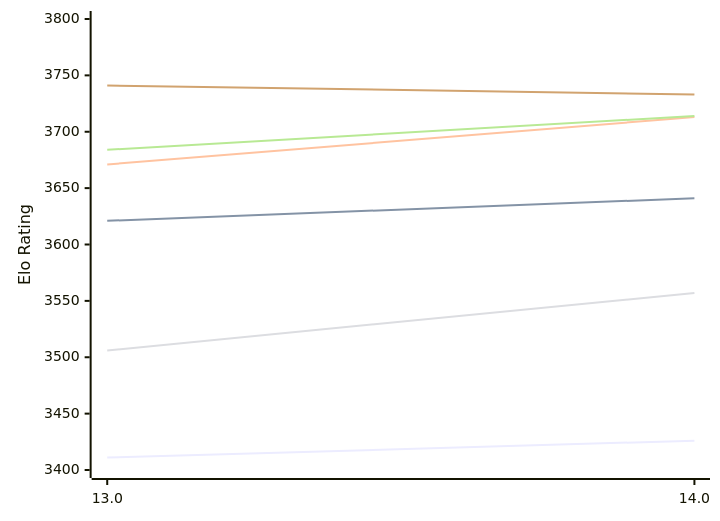
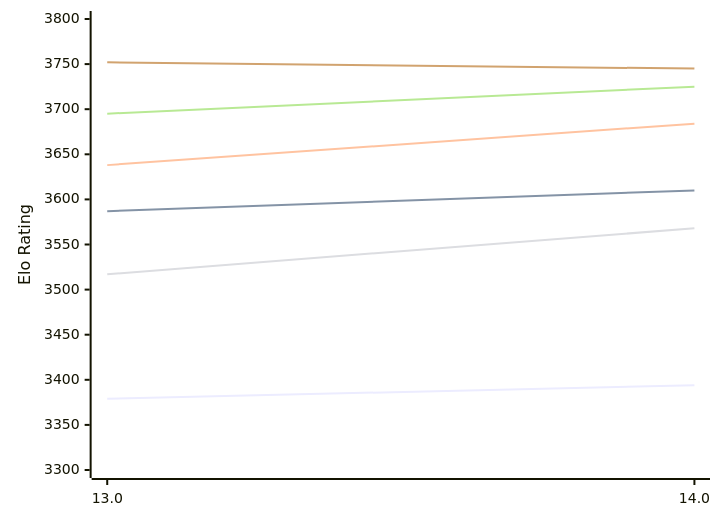
Before and after one commit to computer-chess-index/cci: the first of 2 diagrams in engines/Tcheran.md, drawn with Mermaid. The commit also changed other lines of this file, not shown here.

Commit message:
Update CCI Ratings (ELO VLTC) - 2026-11-12

````diff
--- a/engines/Tcheran.md
+++ b/engines/Tcheran.md
@@ -55,12 +55,12 @@
 ```mermaid
 %%{init: {"theme":"base","themeVariables":{"seriesColors:['#a3a3a3','#222221','#faa371']}}}%%
 xychart-beta
   x-axis ["13.0", "14.0"]
-  y-axis "Elo Rating" 3400 --> 3800
-  line "E1: STC (8.0+0.08s)" [3411, 3426]
-  line "E1: LTC (60.0+0.60s)" [3621, 3641]
-  line "E1: VLTC (2m24s+1.12s)" [3671, 3713]
-  line "P1: STC (8.0+0.08s)" [3506, 3557]
-  line "P1: LTC (60.0+0.60s)" [3684, 3714]
-  line "P1: VLTC (2m24s+1.12s)" [3741, 3733]
+  y-axis "Elo Rating" 3300 --> 3800
+  line "E1: STC (8.0+0.08s)" [3379, 3394]
+  line "E1: LTC (60.0+0.60s)" [3587, 3610]
+  line "E1: VLTC (2m24s+1.12s)" [3638, 3684]
+  line "P1: STC (8.0+0.08s)" [3517, 3568]
+  line "P1: LTC (60.0+0.60s)" [3695, 3725]
+  line "P1: VLTC (2m24s+1.12s)" [3752, 3745]
 ```
````
